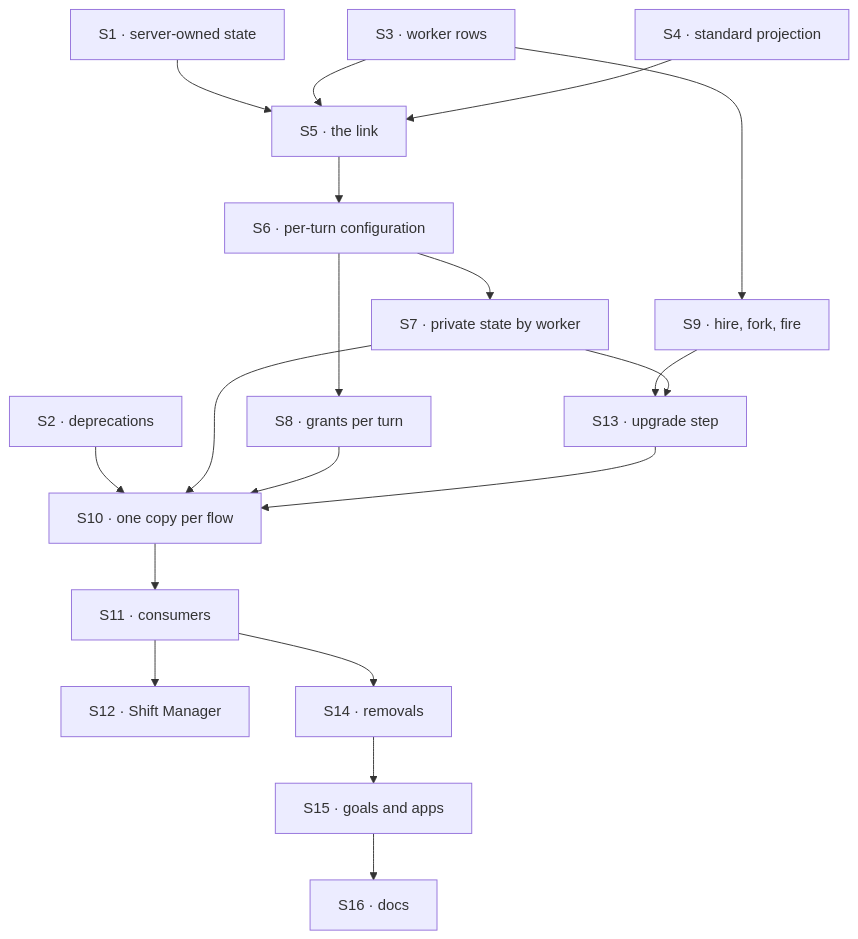
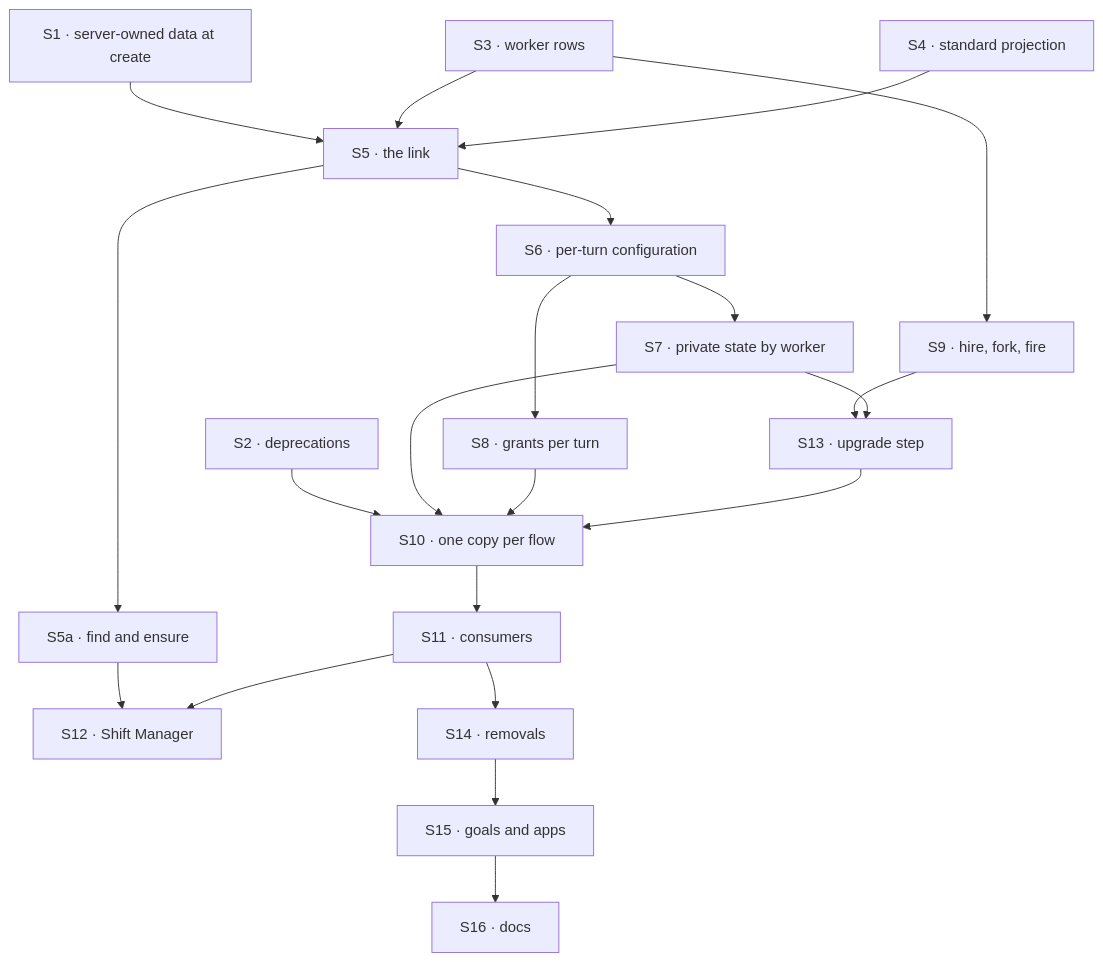
The diagram in specs/issues/FIX-1788/PLAN.md (fixpoint-labs/flow-state-dev), drawn with Mermaid before and after one commit. The commit also changed other lines of this file and 9 other files, not shown here.

````diff
--- a/specs/issues/FIX-1788/PLAN.md
+++ b/specs/issues/FIX-1788/PLAN.md
@@ -39,21 +40,23 @@
 ```mermaid
 flowchart TD
-  S1["S1 · server-owned state"] --> S5["S5 · the link"]
+  S1["S1 · server-owned data at create"] --> S5["S5 · the link"]
   S2["S2 · deprecations"] --> S10
   S3["S3 · worker rows"] --> S5
   S4["S4 · standard projection"] --> S5
+  S5 --> S5a["S5a · find and ensure"]
+  S5a --> S12
   S5 --> S6["S6 · per-turn configuration"]
   S6 --> S7["S7 · private state by worker"]
   S6 --> S8["S8 · grants per turn"]
   S3 --> S9["S9 · hire, fork, fire"]
   S9 --> S13["S13 · upgrade step"]
   S7 --> S13
   S7 --> S10["S10 · one copy per flow"]
   S8 --> S10
   S13 --> S10
   S10 --> S11["S11 · consumers"]
   S11 --> S12["S12 · Shift Manager"]
   S11 --> S14["S14 · removals"]
   S14 --> S15["S15 · goals and apps"]
   S15 --> S16["S16 · docs"]
 ```
````
